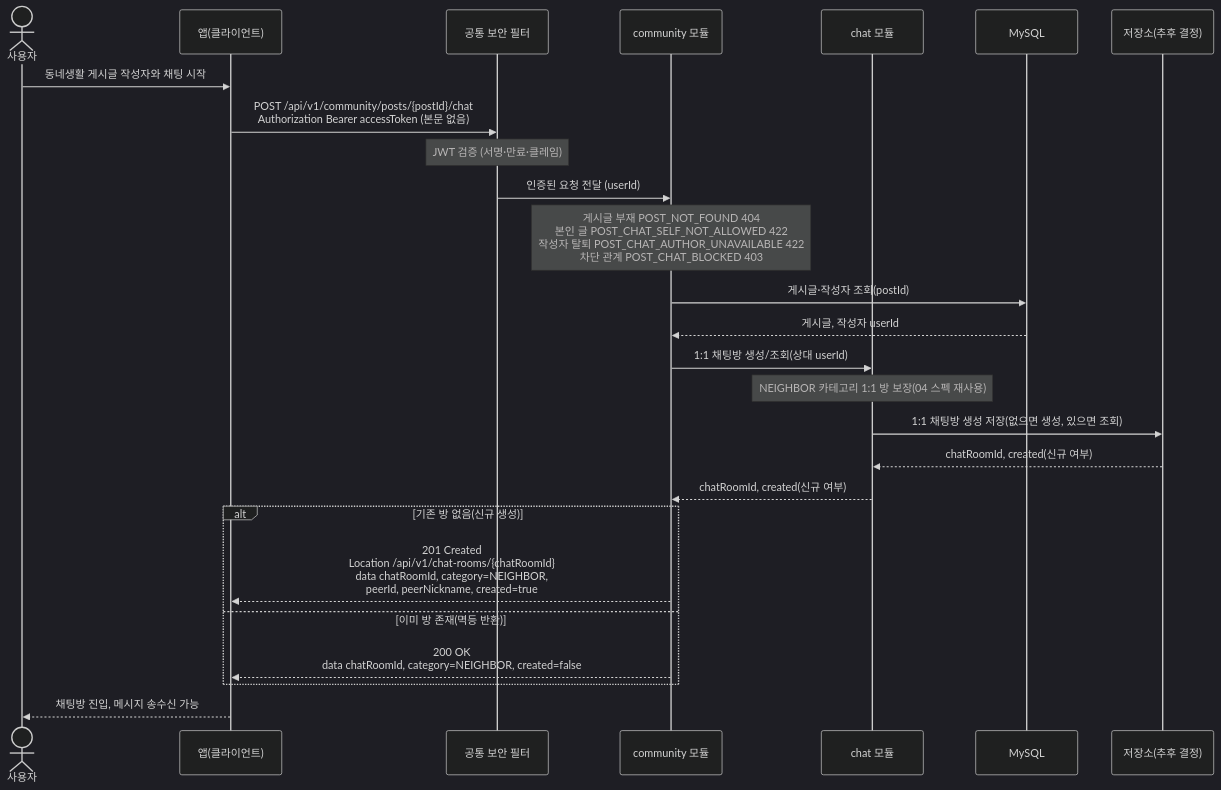
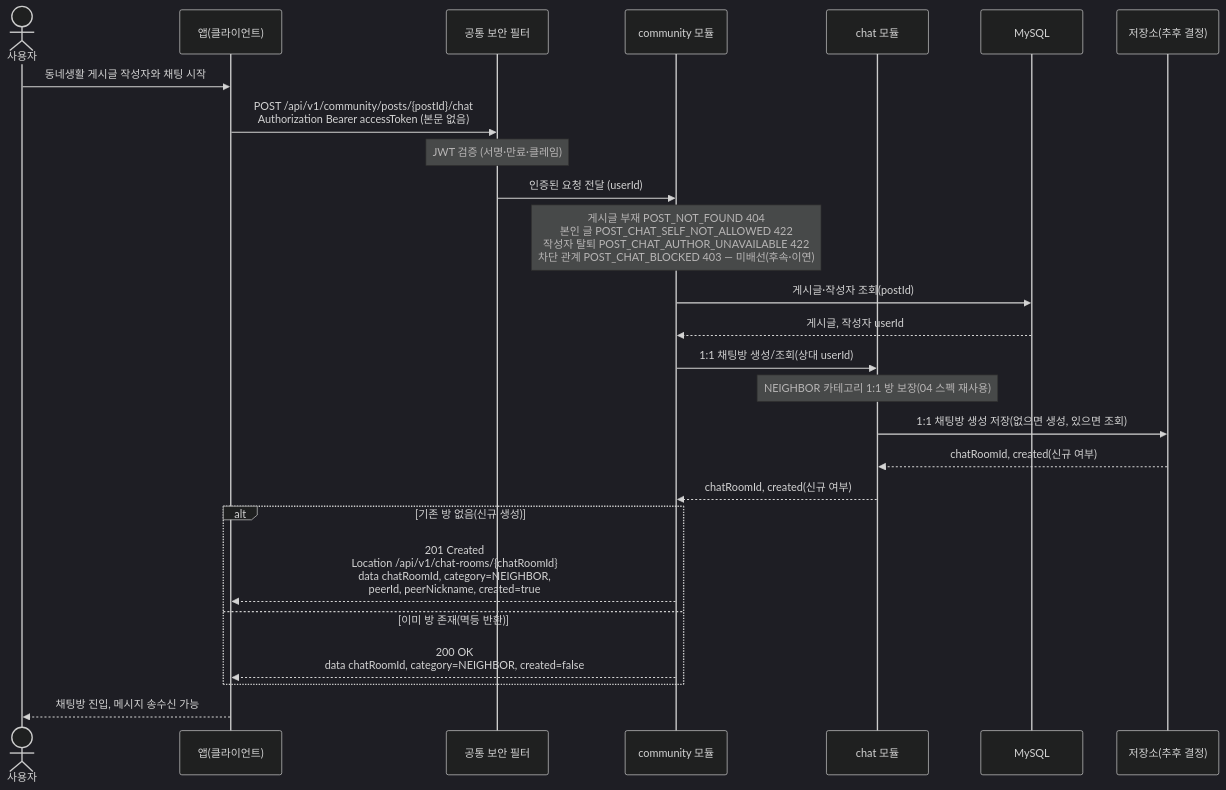
The diagram in docs/architecture/sequence-diagrams/05-community/us-5-5-neighbor-chat-start.md (jameskim9509/Kohere-backend), drawn with Mermaid (dark theme) before and after one commit. The commit also changed other lines of this file and 17 other files, not shown here.

````diff
--- a/docs/architecture/sequence-diagrams/05-community/us-5-5-neighbor-chat-start.md
+++ b/docs/architecture/sequence-diagrams/05-community/us-5-5-neighbor-chat-start.md
@@ -5,30 +5,30 @@
 ```mermaid
 sequenceDiagram
     actor U as 사용자
     participant C as 앱(클라이언트)
     participant SEC as 공통 보안 필터
     participant COMM as community 모듈
     participant CHAT as chat 모듈
     participant SQL as MySQL
     participant XDB as 저장소(추후 결정)
 
     U->>C: 동네생활 게시글 작성자와 채팅 시작
     C->>SEC: POST /api/v1/community/posts/{postId}/chat<br/>Authorization Bearer accessToken (본문 없음)
     Note over SEC: JWT 검증 (서명·만료·클레임)
     SEC->>COMM: 인증된 요청 전달 (userId)
-    Note over COMM: 게시글 부재 POST_NOT_FOUND 404<br/>본인 글 POST_CHAT_SELF_NOT_ALLOWED 422<br/>작성자 탈퇴 POST_CHAT_AUTHOR_UNAVAILABLE 422<br/>차단 관계 POST_CHAT_BLOCKED 403
+    Note over COMM: 게시글 부재 POST_NOT_FOUND 404<br/>본인 글 POST_CHAT_SELF_NOT_ALLOWED 422<br/>작성자 탈퇴 POST_CHAT_AUTHOR_UNAVAILABLE 422<br/>차단 관계 POST_CHAT_BLOCKED 403 — 미배선(후속·이연)
     COMM->>SQL: 게시글·작성자 조회(postId)
     SQL-->>COMM: 게시글, 작성자 userId
     COMM->>CHAT: 1:1 채팅방 생성/조회(상대 userId)
     Note over CHAT: NEIGHBOR 카테고리 1:1 방 보장(04 스펙 재사용)
     CHAT->>XDB: 1:1 채팅방 생성 저장(없으면 생성, 있으면 조회)
     XDB-->>CHAT: chatRoomId, created(신규 여부)
     CHAT-->>COMM: chatRoomId, created(신규 여부)
 
     alt 기존 방 없음(신규 생성)
         COMM-->>C: 201 Created<br/>Location /api/v1/chat-rooms/{chatRoomId}<br/>data chatRoomId, category=NEIGHBOR,<br/>peerId, peerNickname, created=true
     else 이미 방 존재(멱등 반환)
         COMM-->>C: 200 OK<br/>data chatRoomId, category=NEIGHBOR, created=false
     end
     C-->>U: 채팅방 진입, 메시지 송수신 가능
 ```
````
